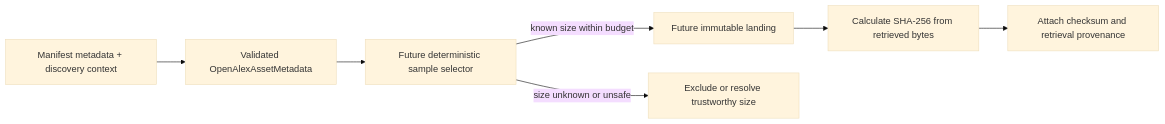
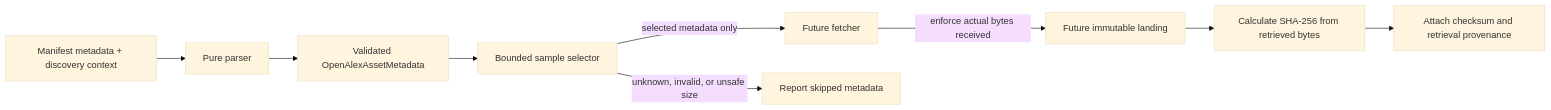
One commit to agilandeenadhayalan41/research-intelligence-data-platform changed the diagram in docs/architecture/openalex-manifest-contract.md. Above: the diagram before and after it, drawn with Mermaid (base theme). The commit also changed other lines of this file and 6 other files, not shown here.

Commit message:
Implement bounded OpenAlex sample selector

````diff
--- a/docs/architecture/openalex-manifest-contract.md
+++ b/docs/architecture/openalex-manifest-contract.md
@@ -129,9 +167,11 @@
 ```mermaid
 flowchart LR
-    Manifest["Manifest metadata + discovery context"] --> Asset["Validated OpenAlexAssetMetadata"]
-    Asset --> Selector["Future deterministic sample selector"]
-    Selector -->|"known size within budget"| Landing["Future immutable landing"]
-    Selector -->|"size unknown or unsafe"| Exclude["Exclude or resolve trustworthy size"]
+    Manifest["Manifest metadata + discovery context"] --> Parser["Pure parser"]
+    Parser --> Asset["Validated OpenAlexAssetMetadata"]
+    Asset --> Selector["Bounded sample selector"]
+    Selector -->|"selected metadata only"| Fetcher["Future fetcher"]
+    Fetcher -->|"enforce actual bytes received"| Landing["Future immutable landing"]
+    Selector -->|"unknown, invalid, or unsafe size"| Exclude["Report skipped metadata"]
     Landing --> Checksum["Calculate SHA-256 from retrieved bytes"]
     Checksum --> Provenance["Attach checksum and retrieval provenance"]
 ```
````
